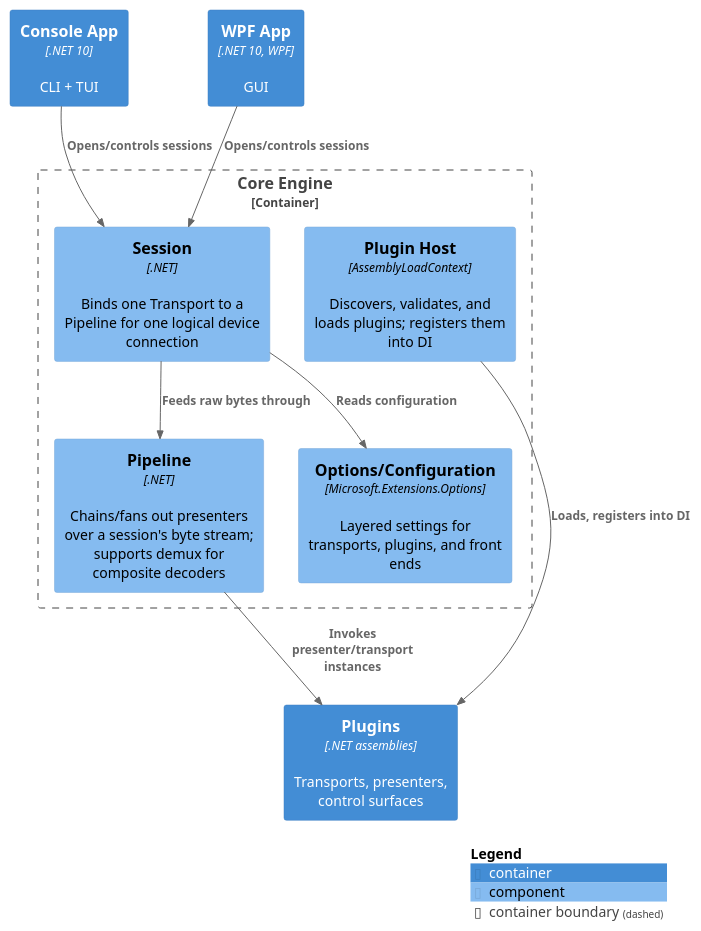
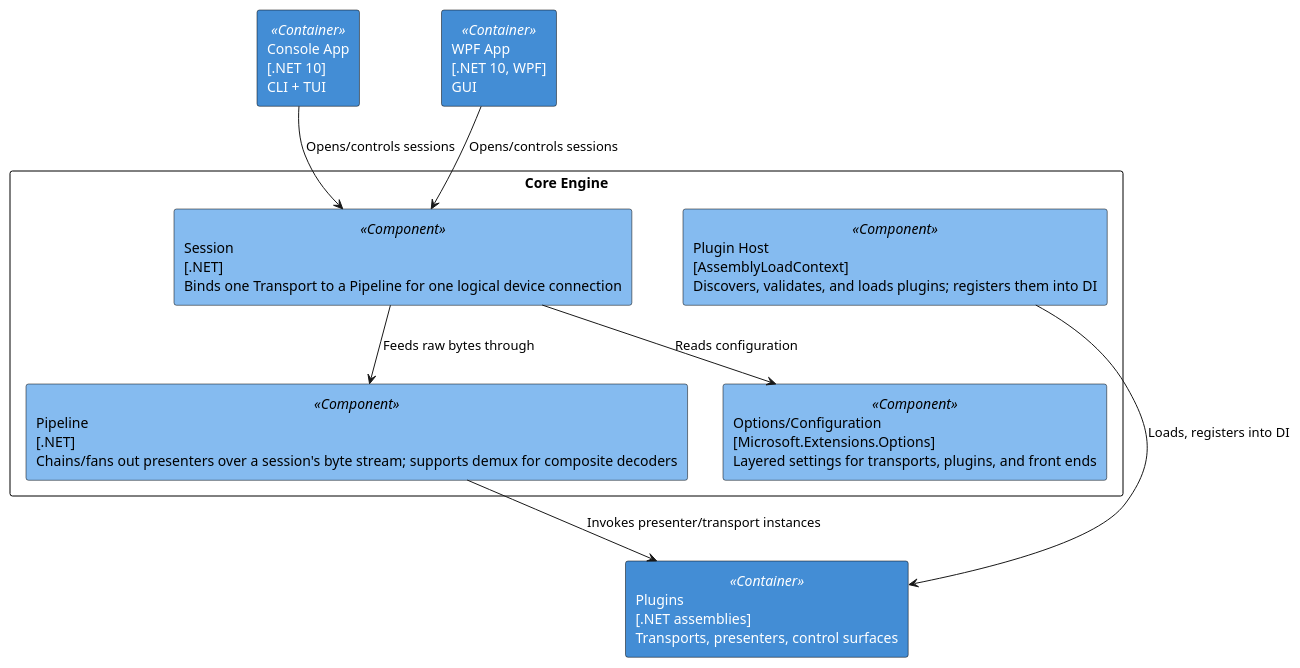
One commit to OutOfBandDevelopment/dotex changed the third of 3 diagrams in docs/applications/devterm/design/architecture.md. Above: the diagram before and after it, drawn with PlantUML. The commit also changed other lines of this file and 79 other files, not shown here.

First line of the commit message:
Convert ASCII-art diagrams to PlantUML and add the Docs.Tests ASCII check

````diff
--- a/docs/applications/devterm/design/architecture.md
+++ b/docs/applications/devterm/design/architecture.md
@@ -122,25 +138,29 @@
 ```plantuml
 @startuml
-!include https://raw.githubusercontent.com/plantuml-stdlib/C4-PlantUML/master/C4_Component.puml
-
-Container(consoleApp, "Console App", ".NET 10", "CLI + TUI")
-Container(wpfApp, "WPF App", ".NET 10, WPF", "GUI")
-Container(plugins, "Plugins", ".NET assemblies", "Transports, presenters, control surfaces")
-
-Container_Boundary(core, "Core Engine") {
-  Component(pluginHost, "Plugin Host", "AssemblyLoadContext", "Discovers, validates, and loads plugins; registers them into DI")
-  Component(session, "Session", ".NET", "Binds one Transport to a Pipeline for one logical device connection")
-  Component(pipeline, "Pipeline", ".NET", "Chains/fans out presenters over a session's byte stream; supports demux for composite decoders")
-  Component(options, "Options/Configuration", "Microsoft.Extensions.Options", "Layered settings for transports, plugins, and front ends")
+skinparam rectangle {
+    BackgroundColor<<Container>> #438DD5
+    FontColor<<Container>> #FFFFFF
+    BackgroundColor<<Component>> #85BBF0
+    FontColor<<Component>> #000000
+    BorderColor Black
 }
 
-Rel(consoleApp, session, "Opens/controls sessions")
-Rel(wpfApp, session, "Opens/controls sessions")
-Rel(pluginHost, plugins, "Loads, registers into DI")
-Rel(session, pipeline, "Feeds raw bytes through")
-Rel(pipeline, plugins, "Invokes presenter/transport instances")
-Rel(session, options, "Reads configuration")
+rectangle "Console App\n[.NET 10]\nCLI + TUI" as consoleApp <<Container>>
+rectangle "WPF App\n[.NET 10, WPF]\nGUI" as wpfApp <<Container>>
+rectangle "Plugins\n[.NET assemblies]\nTransports, presenters, control surfaces" as plugins <<Container>>
 
-SHOW_LEGEND()
+rectangle "Core Engine" {
+  rectangle "Plugin Host\n[AssemblyLoadContext]\nDiscovers, validates, and loads plugins; registers them into DI" as pluginHost <<Component>>
+  rectangle "Session\n[.NET]\nBinds one Transport to a Pipeline for one logical device connection" as session <<Component>>
+  rectangle "Pipeline\n[.NET]\nChains/fans out presenters over a session's byte stream; supports demux for composite decoders" as pipeline <<Component>>
+  rectangle "Options/Configuration\n[Microsoft.Extensions.Options]\nLayered settings for transports, plugins, and front ends" as options <<Component>>
+}
+
+consoleApp --> session : Opens/controls sessions
+wpfApp --> session : Opens/controls sessions
+pluginHost --> plugins : Loads, registers into DI
+session --> pipeline : Feeds raw bytes through
+pipeline --> plugins : Invokes presenter/transport instances
+session --> options : Reads configuration
 @enduml
 ```
````
